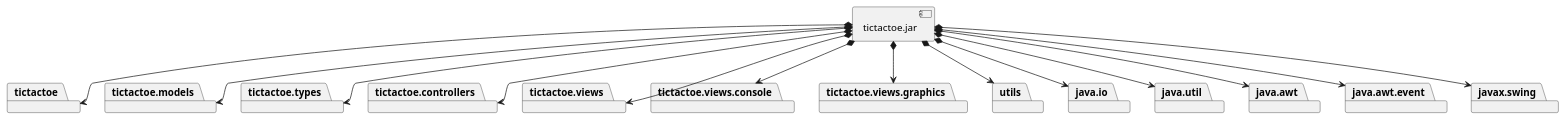
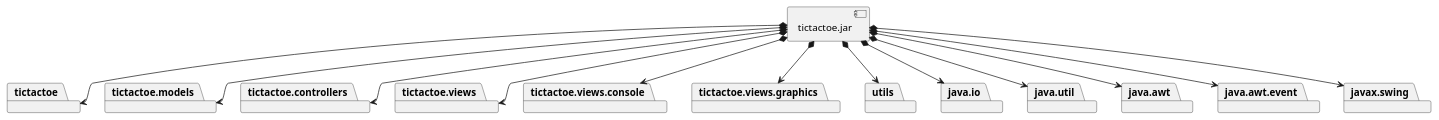
One commit to x-USantaTecla-game-ticTacToe/java changed the third of 4 diagrams in docs/src/docs/asciidoc/index.adoc. Above: the diagram before and after it, drawn with PlantUML. The commit also changed other lines of this file and 14 other files, not shown here.

```diff
--- a/docs/src/docs/asciidoc/index.adoc
+++ b/docs/src/docs/asciidoc/index.adoc
@@ -652,46 +609,43 @@
 [plantuml,diagramaImplementacion,svg]
 ....
 
 package "  "  as tictactoe {
 }
 package "  "  as tictactoe.models {
-}
-package "  "  as tictactoe.types {
 }
 package "  "  as tictactoe.controllers {
 }
 package "  "  as tictactoe.views {
 }
 package "  "  as tictactoe.views.console {
 }
 package "  "  as tictactoe.views.graphics {
 }
 package "  "  as utils {
 }
 package "  "  as java.io {
 }
 package "  "  as java.util {
 }
 package "  "  as java.awt {
 }
 package "  "  as java.awt.event {
 }
 package "  "  as javax.swing {
 }
 
 [tictactoe.jar] as jar
 
 jar *--> tictactoe
 jar *--> tictactoe.models
-jar *--> tictactoe.types
 jar *--> tictactoe.controllers
 jar *--> tictactoe.views
 jar *--> tictactoe.views.console
 jar *--> tictactoe.views.graphics
 jar *--> utils
 jar *--> java.io
 jar *--> java.util
 jar *--> java.awt
 jar *--> java.awt.event
 jar *--> javax.swing
 ....
```
